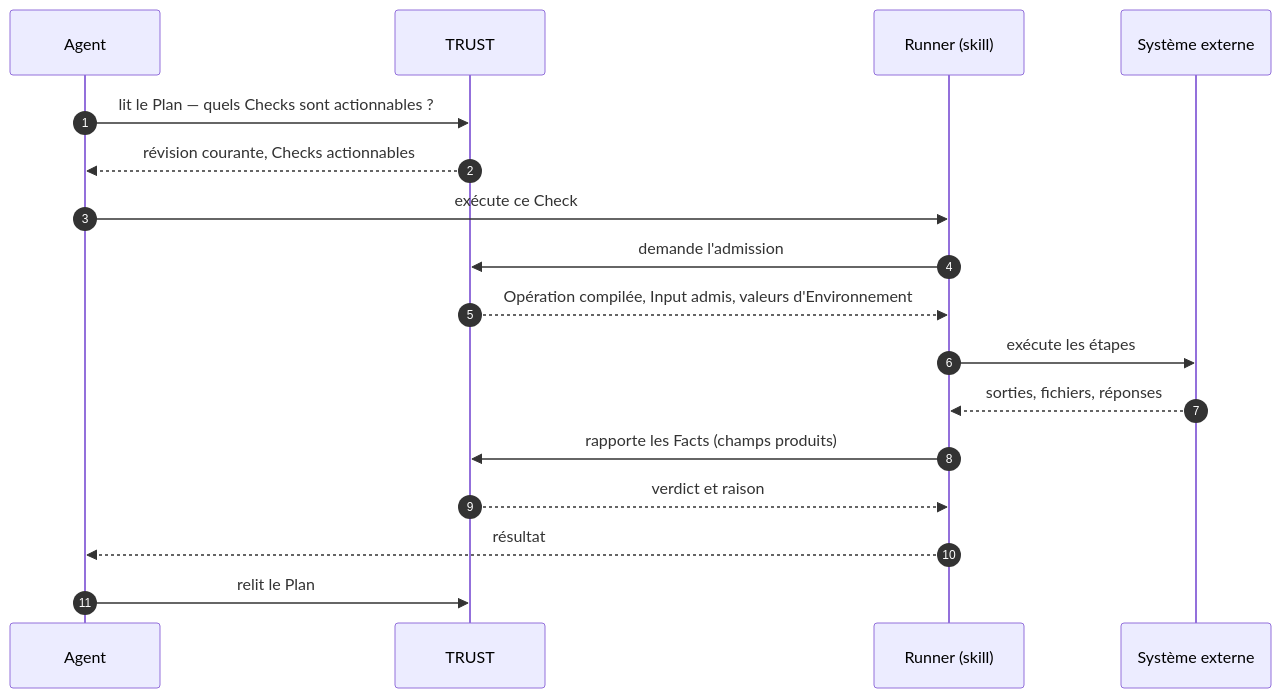
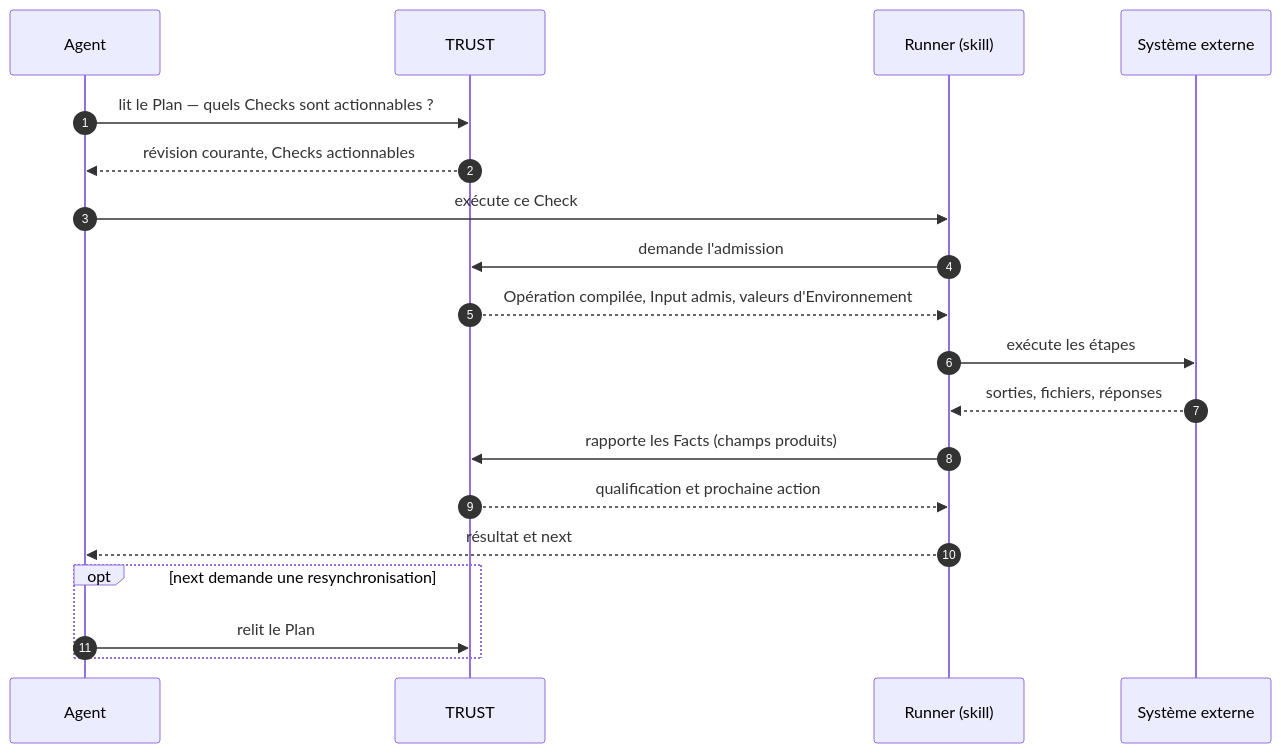
One commit to ng-galien/trust changed the diagram in packages/trust-ui/src/docs/content/fr/principles/delegation.mdx. Above: the diagram before and after it, drawn with Mermaid. The commit also changed other lines of this file and 110 other files, not shown here.

Commit message:
Complete TRUST plan execution and authoring flow

````diff
--- a/packages/trust-ui/src/docs/content/fr/principles/delegation.mdx
+++ b/packages/trust-ui/src/docs/content/fr/principles/delegation.mdx
@@ -11,19 +11,21 @@
 ```mermaid
 sequenceDiagram
   autonumber
   participant A as Agent
   participant T as TRUST
   participant R as Runner (skill)
   participant X as Système externe
   A->>T: lit le Plan — quels Checks sont actionnables ?
   T-->>A: révision courante, Checks actionnables
   A->>R: exécute ce Check
   R->>T: demande l'admission
   T-->>R: Opération compilée, Input admis, valeurs d'Environnement
   R->>X: exécute les étapes
   X-->>R: sorties, fichiers, réponses
   R->>T: rapporte les Facts (champs produits)
-  T-->>R: verdict et raison
-  R-->>A: résultat
-  A->>T: relit le Plan
+  T-->>R: qualification et prochaine action
+  R-->>A: résultat et next
+  opt next demande une resynchronisation
+    A->>T: relit le Plan
+  end
 ```
````
